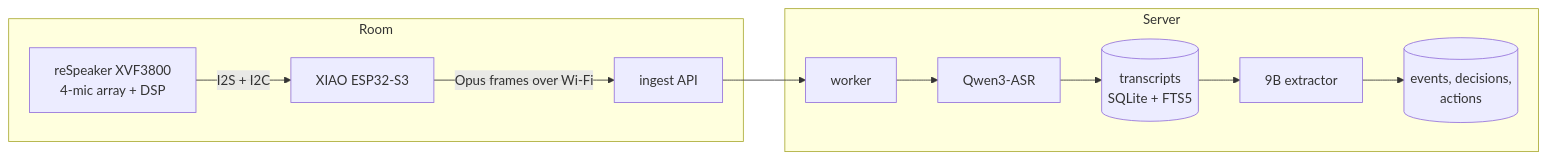
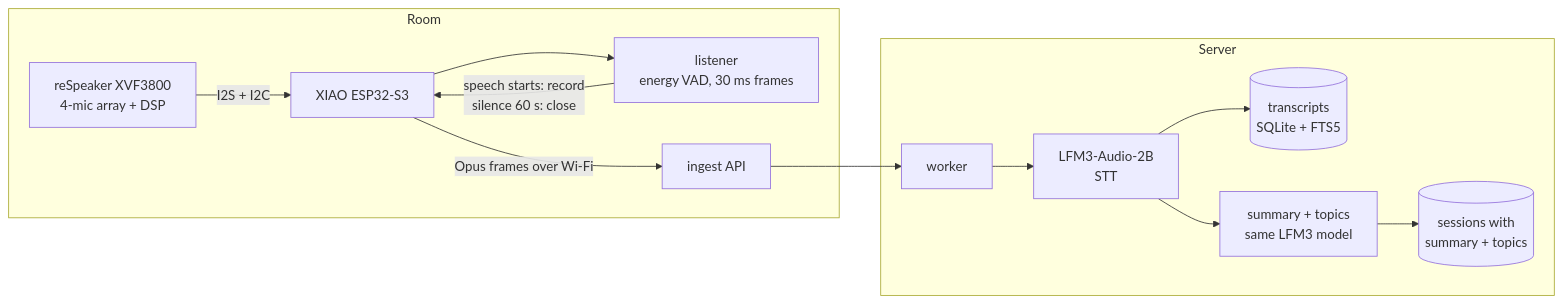
One commit to RakiDelmoro/repartee changed the diagram in docs/architecture.md. Above: the diagram before and after it, drawn with Mermaid. The commit also changed other lines of this file and 91 other files, not shown here.

First line of the commit message:
Stage-1 product path on LFM3-Audio-2B, day dashboard, handover research

````diff
--- a/docs/architecture.md
+++ b/docs/architecture.md
@@ -10,14 +10,16 @@
 ```mermaid
 flowchart LR
   subgraph Room
     M[reSpeaker XVF3800<br/>4-mic array + DSP] -->|I2S + I2C| E[XIAO ESP32-S3]
+    E --> R[listener<br/>energy VAD, 30 ms frames]
+    R -->|speech starts: record<br/>silence 60 s: close| E
     E -->|Opus frames over Wi-Fi| S
   end
   subgraph Server
     S[ingest API] --> W[worker]
-    W --> A[Qwen3-ASR]
+    W --> A[LFM3-Audio-2B<br/>STT]
     A --> D[(transcripts<br/>SQLite + FTS5)]
-    D --> L[9B extractor]
-    L --> K[(events, decisions,<br/>actions)]
+    A --> L[summary + topics<br/>same LFM3 model]
+    L --> K[(sessions with<br/>summary + topics)]
   end
 ```
````
